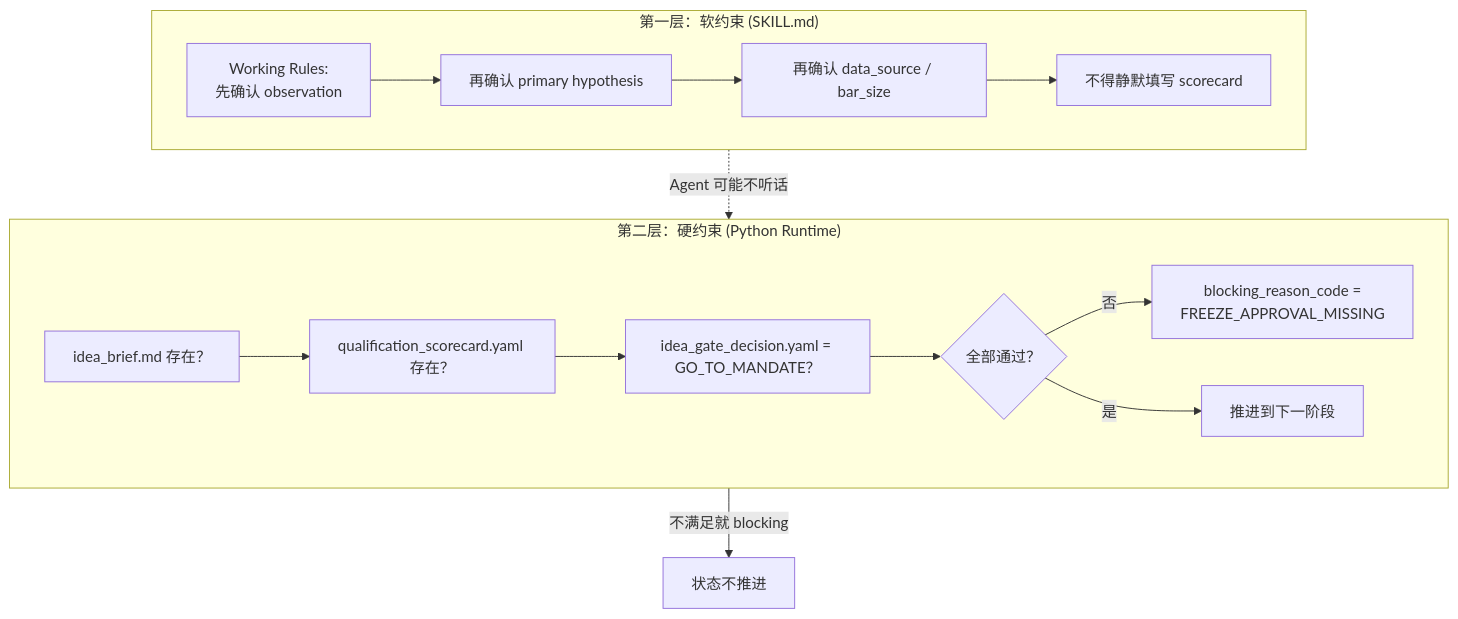
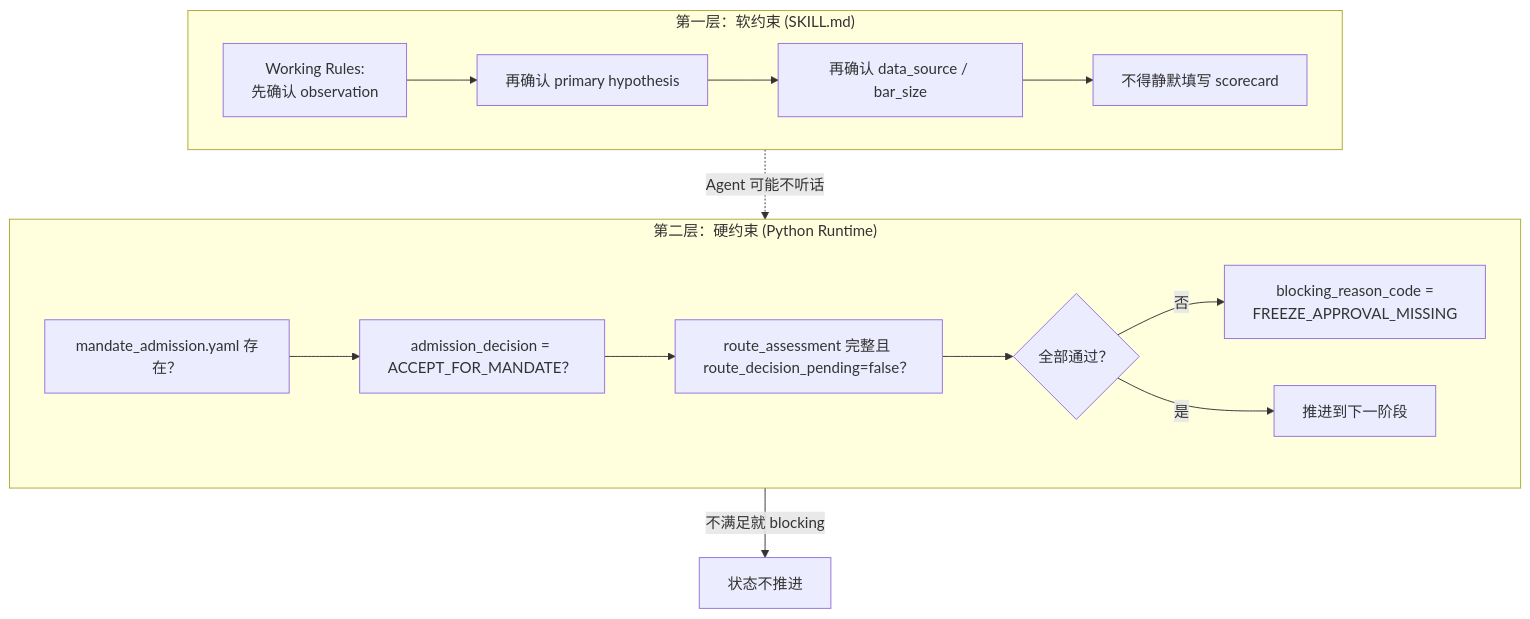
The fifth of 10 diagrams in docs/guides/how-qros-works.md (web3qt/quant-research-os), drawn with Mermaid before and after one commit. The commit also changed other lines of this file and 49 other files, not shown here.

Commit message:
Align docs with mandate admission flow

````diff
--- a/docs/guides/how-qros-works.md
+++ b/docs/guides/how-qros-works.md
@@ -176,23 +174,23 @@
 ```mermaid
 graph TB
     subgraph Soft["第一层：软约束 (SKILL.md)"]
         S1["Working Rules:<br/>先确认 observation"]
         S2["再确认 primary hypothesis"]
         S3["再确认 data_source / bar_size"]
         S4["不得静默填写 scorecard"]
         S1 --> S2 --> S3 --> S4
     end
 
     subgraph Hard["第二层：硬约束 (Python Runtime)"]
-        H1["idea_brief.md 存在？"]
-        H2["qualification_scorecard.yaml 存在？"]
-        H3["idea_gate_decision.yaml = GO_TO_MANDATE？"]
+        H1["mandate_admission.yaml 存在？"]
+        H2["admission_decision = ACCEPT_FOR_MANDATE？"]
+        H3["route_assessment 完整且 route_decision_pending=false？"]
         H4{"全部通过？"}
         H1 --> H2 --> H3 --> H4
         H4 -->|"否"| Block["blocking_reason_code =<br/>FREEZE_APPROVAL_MISSING"]
         H4 -->|"是"| Advance["推进到下一阶段"]
     end
 
     Soft -.->|"Agent 可能不听话"| Hard
     Hard -->|"不满足就 blocking"| Stop["状态不推进"]
 ```
````
